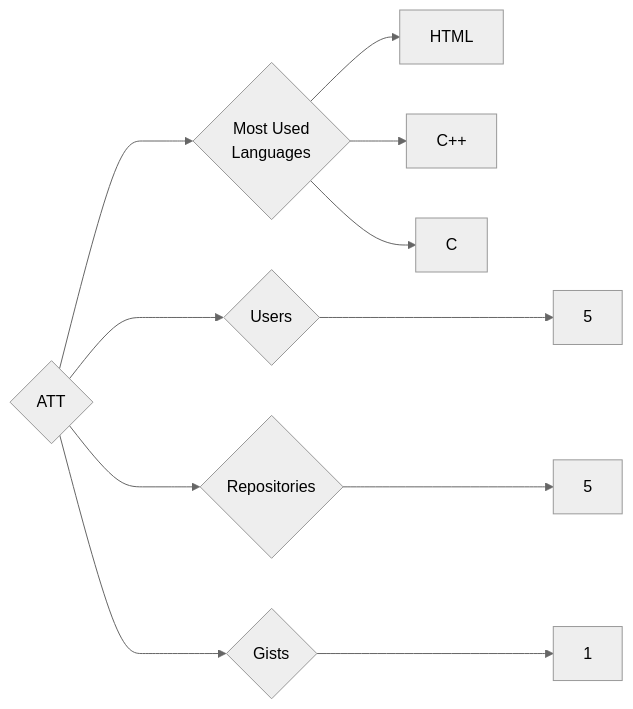
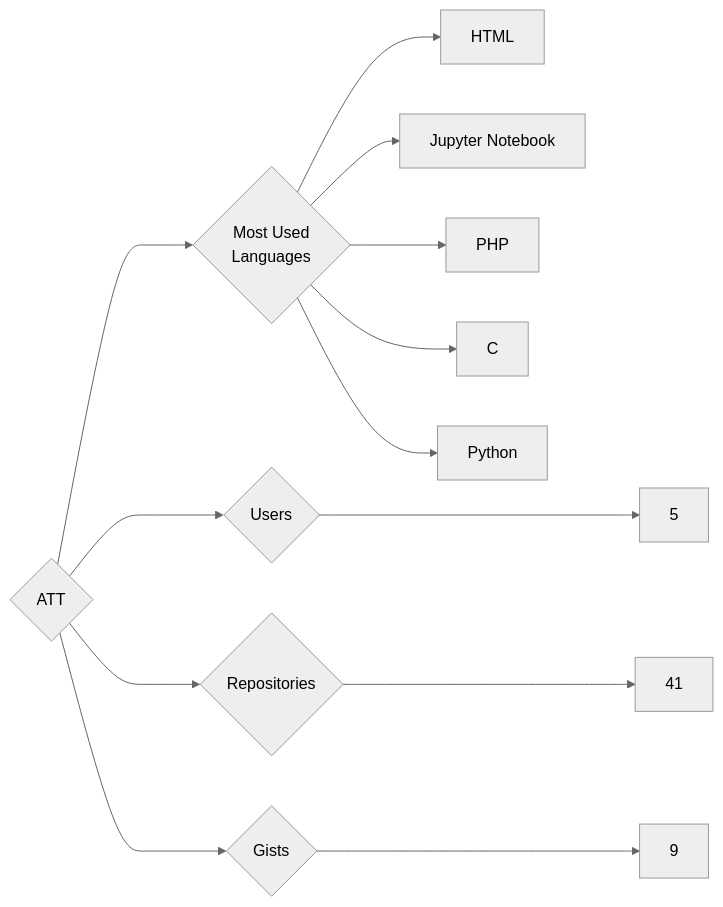
Before and after one commit to trickest/insiders: the diagram in targets/ATT/README.md, drawn with Mermaid (neutral theme). The commit also changed 724 other files, not shown here.

````diff
--- a/targets/ATT/README.md
+++ b/targets/ATT/README.md
@@ -3,11 +3,13 @@
 ```mermaid
 graph LR
 COMPANY_NAME{ATT}
 COMPANY_NAME ---> U{Users} ---> UN[5]
-COMPANY_NAME ---> R{Repositories} ---> RN[5]
-COMPANY_NAME ---> G{Gists} ---> GN[1]
+COMPANY_NAME ---> R{Repositories} ---> RN[41]
+COMPANY_NAME ---> G{Gists} ---> GN[9]
 COMPANY_NAME ---> ML{Most Used<br>Languages}
 ML --> HTML[HTML]
-ML --> C++[C++]
+ML --> Jupyter_Notebook[Jupyter Notebook]
+ML --> PHP[PHP]
 ML --> C[C]
+ML --> Python[Python]
 ```
````
